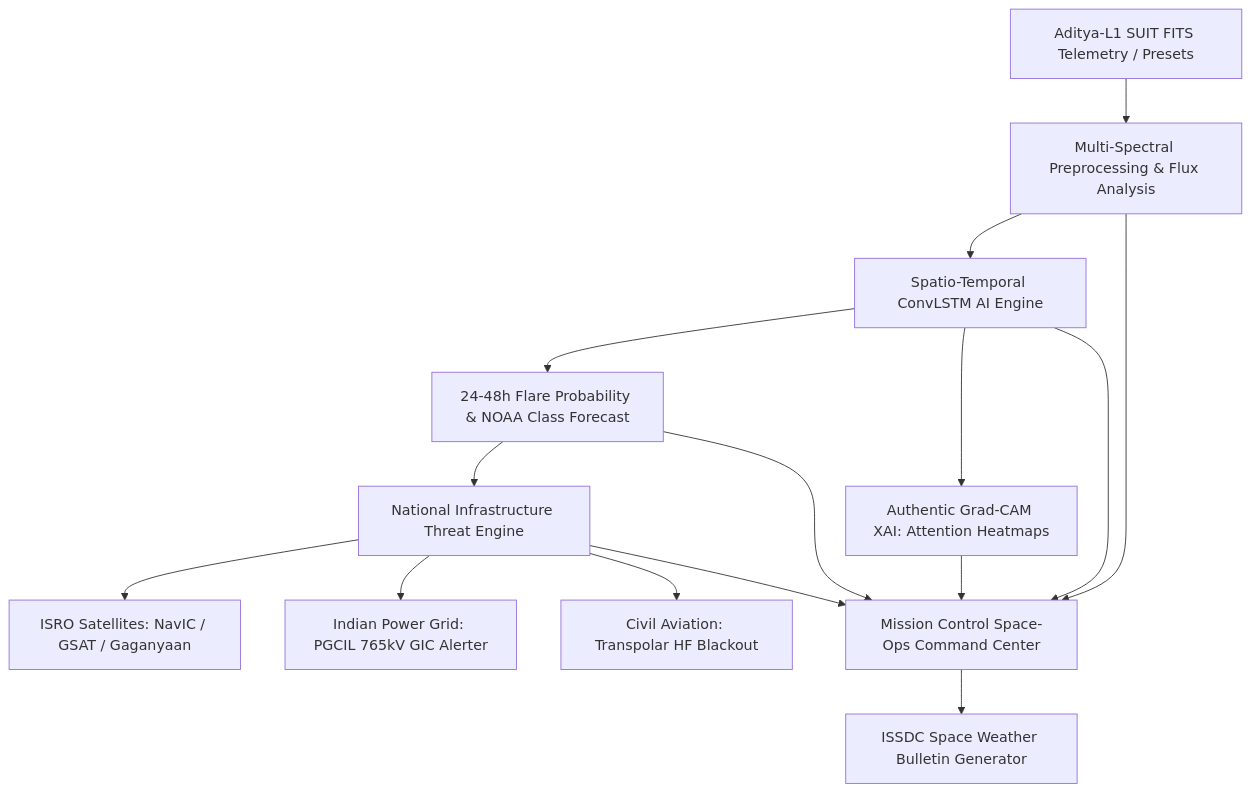
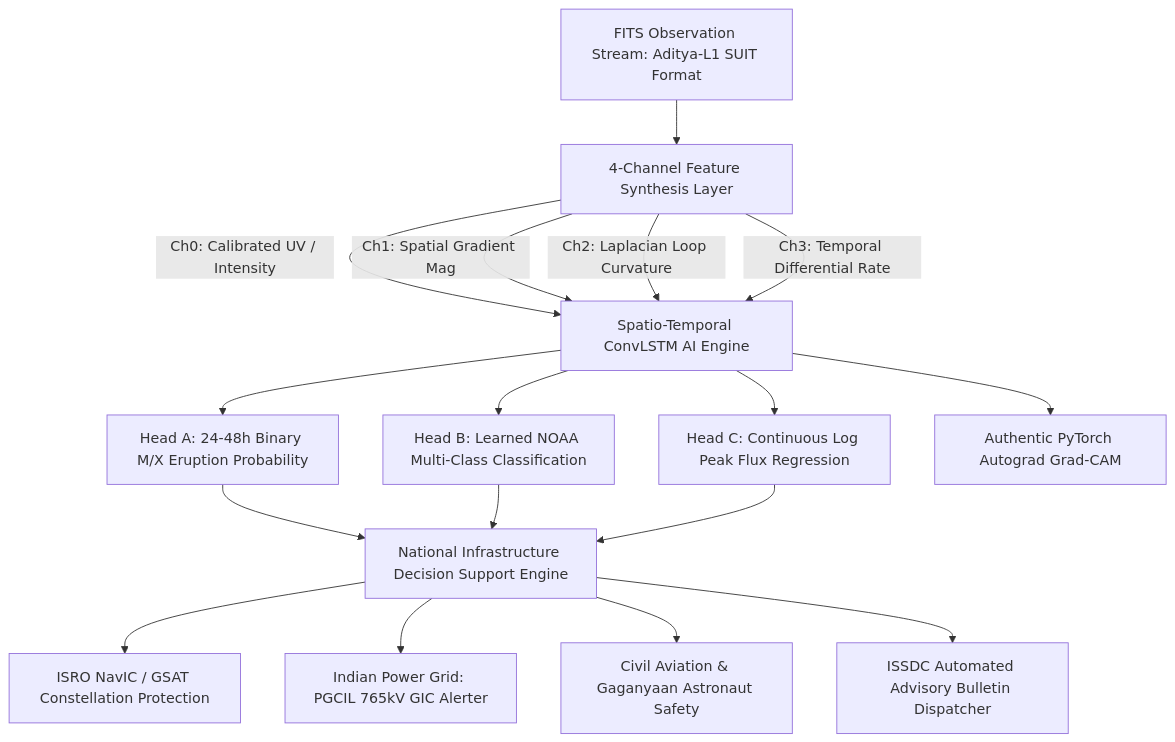
Before and after one commit to aarushipujari/solar: the diagram in README.md, drawn with Mermaid. The commit also changed other lines of this file and 146 other files, not shown here.

Commit message:
Refactor to 4-channel multi-task ConvLSTM with zero label leakage, forward target window, and space-weather benchmarks

````diff
--- a/README.md
+++ b/README.md
@@ -23,19 +23,22 @@
 ```mermaid
 graph TD
-    A[Aditya-L1 SUIT FITS Telemetry / Presets] --> B[Multi-Spectral Preprocessing & Flux Analysis]
-    B --> C[Spatio-Temporal ConvLSTM AI Engine]
-    C --> D[Authentic Grad-CAM XAI: Attention Heatmaps]
-    C --> E[24-48h Flare Probability & NOAA Class Forecast]
-    E --> F[National Infrastructure Threat Engine]
+    A[FITS Observation Stream: Aditya-L1 SUIT Format] --> B[4-Channel Feature Synthesis Layer]
+    B -->|Ch0: Calibrated UV / Intensity| C[Spatio-Temporal ConvLSTM AI Engine]
+    B -->|Ch1: Spatial Gradient Mag| C
+    B -->|Ch2: Laplacian Loop Curvature| C
+    B -->|Ch3: Temporal Differential Rate| C
     
-    F --> G[ISRO Satellites: NavIC / GSAT / Gaganyaan]
-    F --> H[Indian Power Grid: PGCIL 765kV GIC Alerter]
-    F --> I[Civil Aviation: Transpolar HF Blackout]
+    C --> D[Head A: 24-48h Binary M/X Eruption Probability]
+    C --> E[Head B: Learned NOAA Multi-Class Classification]
+    C --> F[Head C: Continuous Log Peak Flux Regression]
+    C --> G[Authentic PyTorch Autograd Grad-CAM]
     
-    B --> J[Mission Control Space-Ops Command Center]
-    C --> J
-    D --> J
-    E --> J
-    F --> J
-    J --> K[ISSDC Space Weather Bulletin Generator]
+    D --> H[National Infrastructure Decision Support Engine]
+    E --> H
+    F --> H
+    
+    H --> I[ISRO NavIC / GSAT Constellation Protection]
+    H --> J[Indian Power Grid: PGCIL 765kV GIC Alerter]
+    H --> K[Civil Aviation & Gaganyaan Astronaut Safety]
+    H --> L[ISSDC Automated Advisory Bulletin Dispatcher]
 ```
````
